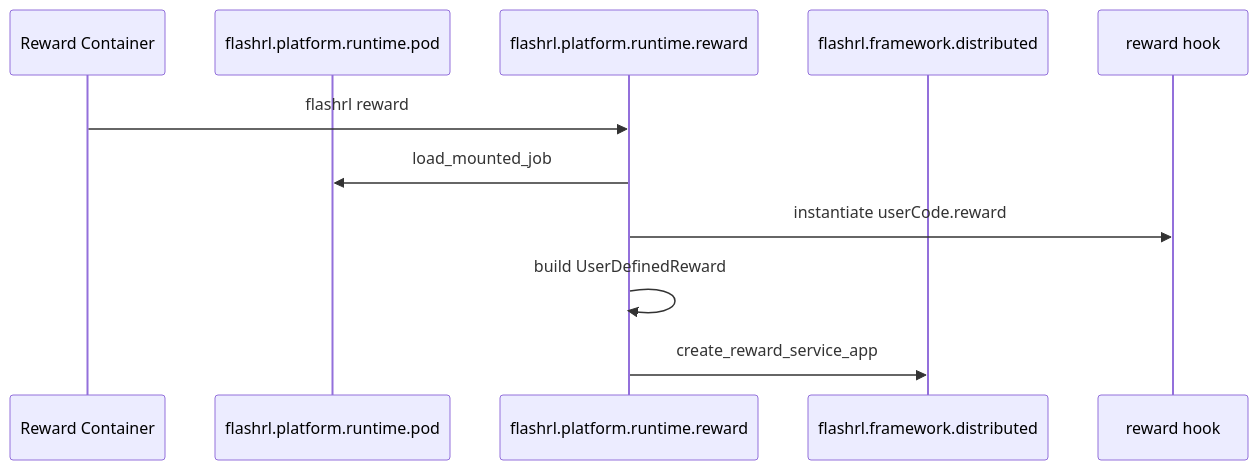
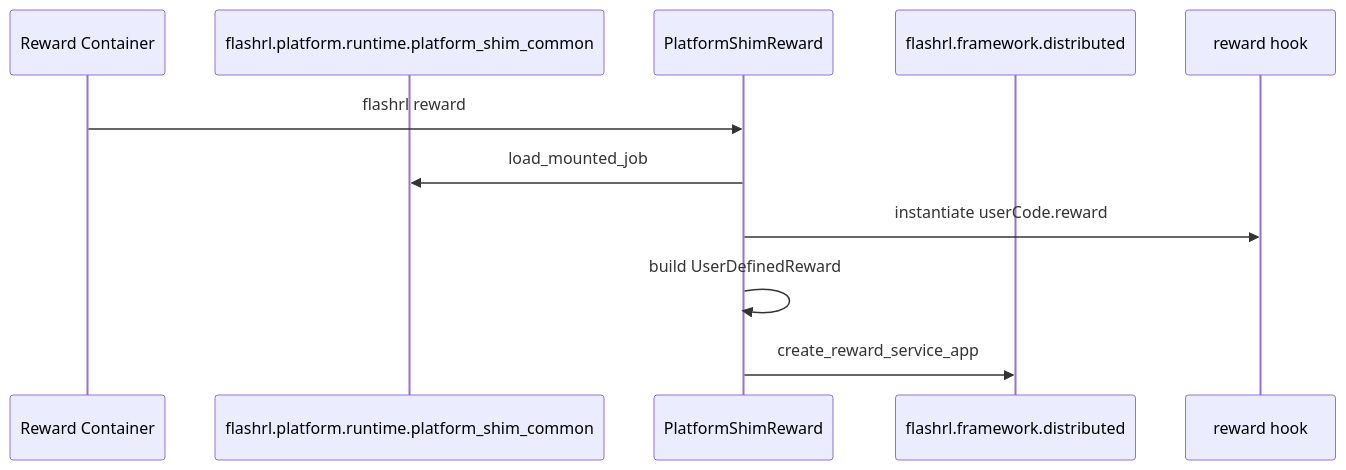
One commit to lastweek/FlashRL changed the eighth of 13 diagrams in docs/platform-architecture.md. Above: the diagram before and after it, drawn with Mermaid. The commit also changed other lines of this file and 29 other files, not shown here.

````diff
--- a/docs/platform-architecture.md
+++ b/docs/platform-architecture.md
@@ -313,14 +316,14 @@
 ```mermaid
 sequenceDiagram
     participant Container as Reward Container
-    participant PodContract as flashrl.platform.runtime.pod
-    participant Platform as flashrl.platform.runtime.reward
+    participant PodContract as flashrl.platform.runtime.platform_shim_common
+    participant Platform as PlatformShimReward
     participant Framework as flashrl.framework.distributed
     participant Hook as reward hook
 
     Container->>Platform: flashrl reward
     Platform->>PodContract: load_mounted_job
     Platform->>Hook: instantiate userCode.reward
     Platform->>Platform: build UserDefinedReward
     Platform->>Framework: create_reward_service_app
 ```
````
